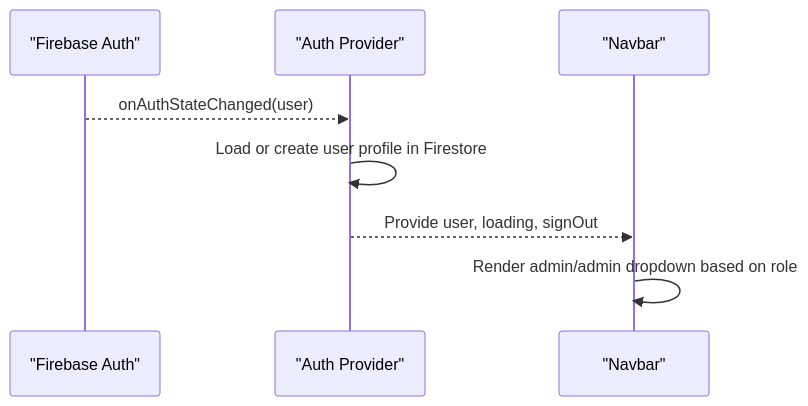
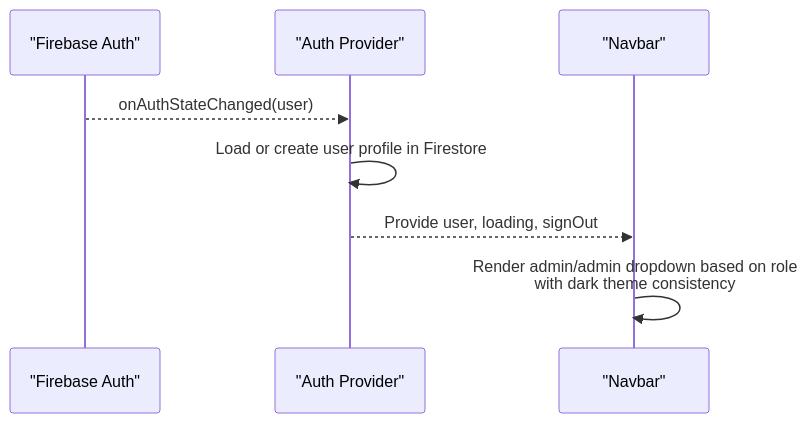
Before and after one commit to alikizang/datafrica: the seventh of 8 diagrams in .qoder/repowiki/en/content/UI Components/Layout Components.md, drawn with Mermaid. The commit also changed other lines of this file and 15 other files, not shown here.

````diff
--- a/.qoder/repowiki/en/content/UI Components/Layout Components.md
+++ b/.qoder/repowiki/en/content/UI Components/Layout Components.md
@@ -286,10 +341,10 @@
 ```mermaid
 sequenceDiagram
 participant FB as "Firebase Auth"
 participant AP as "Auth Provider"
 participant NB as "Navbar"
 FB-->>AP : onAuthStateChanged(user)
 AP->>AP : Load or create user profile in Firestore
 AP-->>NB : Provide user, loading, signOut
-NB->>NB : Render admin/admin dropdown based on role
+NB->>NB : Render admin/admin dropdown based on role<br/>with dark theme consistency
 ```
````
